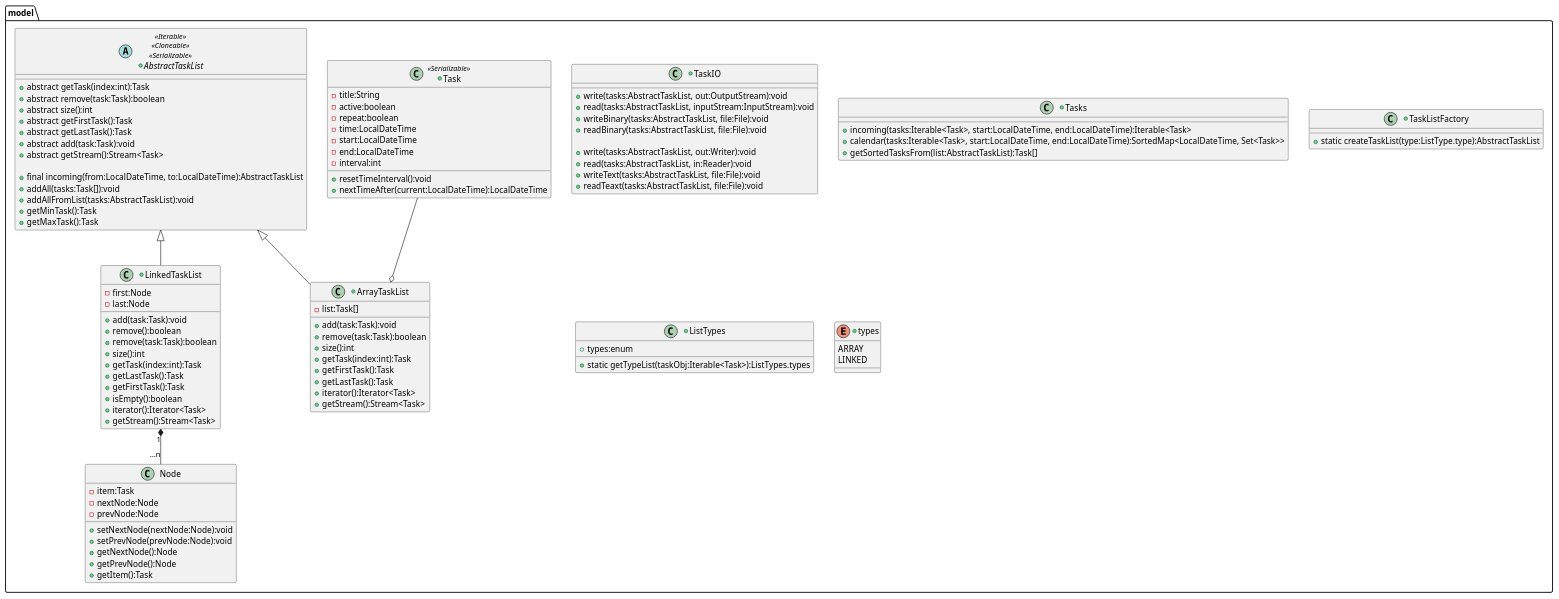
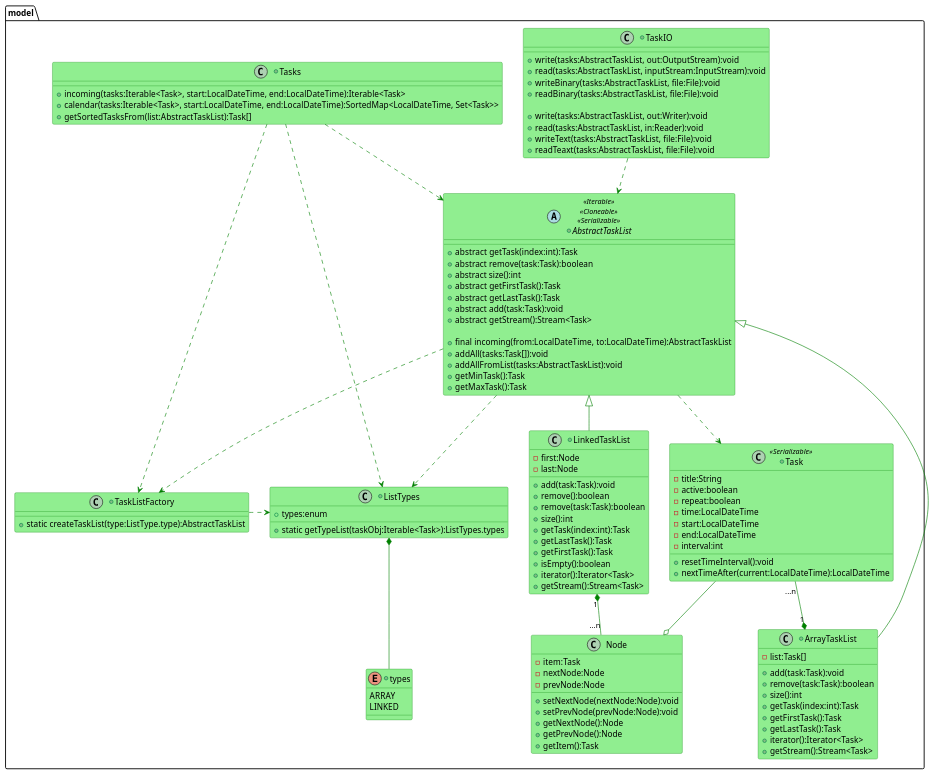
Before and after one commit to Igorstar23/TaskManager: the diagram in ClassDiagram.puml, drawn with PlantUML. The commit also changed 17 other files, not shown here.

Commit message:
pr10: edit diagrams, add package diagram and move class Inputer to package view

```diff
--- a/ClassDiagram.puml
+++ b/ClassDiagram.puml
@@ -1,104 +1,123 @@
 @startuml
 'https://plantuml.com/class-diagram
+
+skinparam class {
+  ' задаем светлозеленый цвет для фона классов по умолчанию
+  BackgroundColor LightGreen
+  ' задаем синий цвет для связей классов по умолчанию
+  ArrowColor      Green
+  ' задаем красный цвет для контуров классов по умолчанию
+  BorderColor     Green
+}
 
 package "model" {
     +class Task <<Serializable>> {
           -title:String
           -active:boolean
           -repeat:boolean
           -time:LocalDateTime
           -start:LocalDateTime
           -end:LocalDateTime
           -interval:int
           +resetTimeInterval():void
           +nextTimeAfter(current:LocalDateTime):LocalDateTime
     }
 
     +class TaskIO {
           +write(tasks:AbstractTaskList, out:OutputStream):void
           +read(tasks:AbstractTaskList, inputStream:InputStream):void
           +writeBinary(tasks:AbstractTaskList, file:File):void
           +readBinary(tasks:AbstractTaskList, file:File):void
 
           +write(tasks:AbstractTaskList, out:Writer):void
           +read(tasks:AbstractTaskList, in:Reader):void
           +writeText(tasks:AbstractTaskList, file:File):void
           +readTeaxt(tasks:AbstractTaskList, file:File):void
     }
 
     +class Tasks {
           +incoming(tasks:Iterable<Task>, start:LocalDateTime, end:LocalDateTime):Iterable<Task>
           +calendar(tasks:Iterable<Task>, start:LocalDateTime, end:LocalDateTime):SortedMap<LocalDateTime, Set<Task>>
           +getSortedTasksFrom(list:AbstractTaskList):Task[]
     }
 
     +abstract class AbstractTaskList <<Iterable>>,<<Cloneable>>, <<Serializable>> {
              +abstract getTask(index:int):Task
              +abstract remove(task:Task):boolean
              +abstract size():int
              +abstract getFirstTask():Task
              +abstract getLastTask():Task
              +abstract add(task:Task):void
              +abstract getStream():Stream<Task>
 
              +final incoming(from:LocalDateTime, to:LocalDateTime):AbstractTaskList
              +addAll(tasks:Task[]):void
              +addAllFromList(tasks:AbstractTaskList):void
              +getMinTask():Task
              +getMaxTask():Task
     }
+    AbstractTaskList ..> Task
+    TaskIO ..> AbstractTaskList
+    Tasks ..> AbstractTaskList
+    ListTypes *-- types
+    TaskListFactory .> ListTypes
+    AbstractTaskList ..> ListTypes
+    AbstractTaskList ..> TaskListFactory
+    Tasks ..> ListTypes
+    Tasks ..> TaskListFactory
 
     +class ArrayTaskList extends AbstractTaskList {
           -list:Task[]
           +add(task:Task):void
           +remove(task:Task):boolean
           +size():int
           +getTask(index:int):Task
           +getFirstTask():Task
           +getLastTask():Task
           +iterator():Iterator<Task>
           +getStream():Stream<Task>
     }
-    Task --o ArrayTaskList
+    Task "...n" --* "1" ArrayTaskList
 
 
     +class LinkedTaskList extends AbstractTaskList {
           -first:Node
           -last:Node
           +add(task:Task):void
           +remove():boolean
           +remove(task:Task):boolean
           +size():int
           +getTask(index:int):Task
           +getLastTask():Task
           +getFirstTask():Task
           +isEmpty():boolean
           +iterator():Iterator<Task>
           +getStream():Stream<Task>
     }
     class Node {
          -item:Task
          -nextNode:Node
          -prevNode:Node
          +setNextNode(nextNode:Node):void
          +setPrevNode(prevNode:Node):void
          +getNextNode():Node
          +getPrevNode():Node
          +getItem():Task
     }
     LinkedTaskList "1" *-- "...n" Node
+    Task --o Node
 
     +class TaskListFactory {
           +static createTaskList(type:ListType.type):AbstractTaskList
     }
     +class ListTypes{
           +types:enum
           +static getTypeList(taskObj:Iterable<Task>):ListTypes.types
     }
     +enum types{
          ARRAY
          LINKED
     }
 }
 
 @enduml
```
